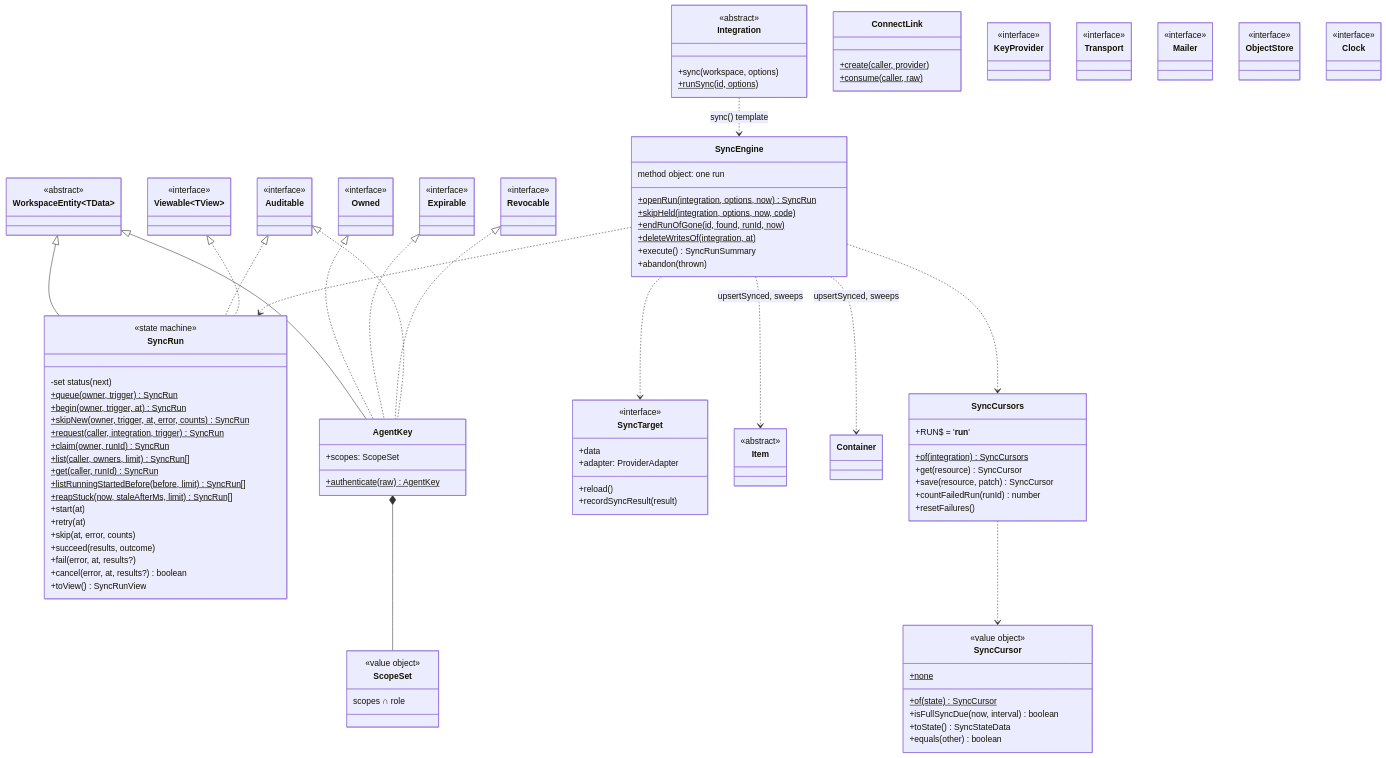
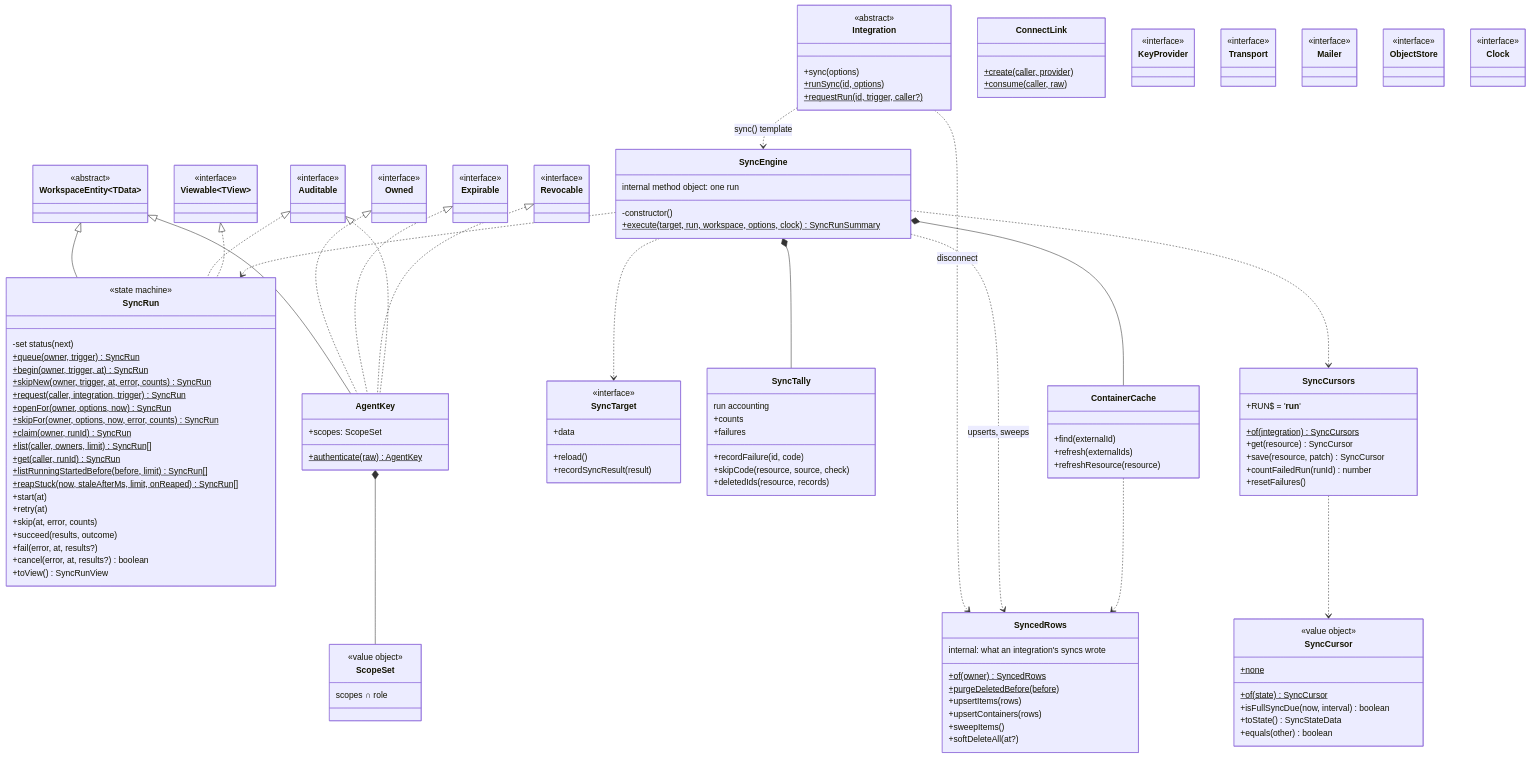
Before and after one commit to shalev396/ToDoList: the seventh of 7 diagrams in docs/design/CLASSES.md, drawn with Mermaid. The commit also changed other lines of this file, not shown here.

Commit message:
docs: CLASSES.md records phase 5's fix round 1

```diff
--- a/docs/design/CLASSES.md
+++ b/docs/design/CLASSES.md
@@ -1702,11 +1718,13 @@
     +begin(owner, trigger, at)$ SyncRun
     +skipNew(owner, trigger, at, error, counts)$ SyncRun
     +request(caller, integration, trigger)$ SyncRun
+    +openFor(owner, options, now)$ SyncRun
+    +skipFor(owner, options, now, error, counts)$ SyncRun
     +claim(owner, runId)$ SyncRun
     +list(caller, owners, limit)$ SyncRun[]
     +get(caller, runId)$ SyncRun
     +listRunningStartedBefore(before, limit)$ SyncRun[]
-    +reapStuck(now, staleAfterMs, limit)$ SyncRun[]
+    +reapStuck(now, staleAfterMs, limit, onReaped)$ SyncRun[]
     +start(at)
     +retry(at)
     +skip(at, error, counts)
@@ -1742,36 +1760,53 @@
   }
   SyncCursors ..> SyncCursor
   class SyncEngine {
-    method object: one run
-    +openRun(integration, options, now)$ SyncRun
-    +skipHeld(integration, options, now, code)$
-    +endRunOfGone(id, found, runId, now)$
-    +deleteWritesOf(integration, at)$
-    +execute() SyncRunSummary
-    +abandon(thrown)
+    internal method object: one run
+    -constructor()
+    +execute(target, run, workspace, options, clock)$ SyncRunSummary
   }
   class SyncTarget {
     <<interface>>
     +data
-    +adapter: ProviderAdapter
     +reload()
     +recordSyncResult(result)
   }
+  class SyncTally {
+    run accounting
+    +recordFailure(id, code)
+    +skipCode(resource, source, check)
+    +deletedIds(resource, records)
+    +counts
+    +failures
+  }
+  class ContainerCache {
+    +find(externalId)
+    +refresh(externalIds)
+    +refreshResource(resource)
+  }
+  class SyncedRows {
+    internal: what an integration's syncs wrote
+    +of(owner)$ SyncedRows
+    +purgeDeletedBefore(before)$
+    +upsertItems(rows)
+    +upsertContainers(rows)
+    +sweepItems()
+    +softDeleteAll(at?)
+  }
   class Integration {
     <<abstract>>
-    +sync(workspace, options)
+    +sync(options)
     +runSync(id, options)$
+    +requestRun(id, trigger, caller?)$
   }
   Integration ..> SyncEngine : sync() template
+  Integration ..> SyncedRows : disconnect
   SyncEngine ..> SyncTarget
   SyncEngine ..> SyncRun
   SyncEngine ..> SyncCursors
-  SyncEngine ..> Item : upsertSynced, sweeps
-  SyncEngine ..> Container : upsertSynced, sweeps
-  class Item {
-    <<abstract>>
-  }
-  class Container
+  SyncEngine *-- SyncTally
+  SyncEngine *-- ContainerCache
+  SyncEngine ..> SyncedRows : upserts, sweeps
+  ContainerCache ..> SyncedRows
   class AgentKey {
     +authenticate(raw)$ AgentKey
     +scopes: ScopeSet
@@ -1831,9 +1866,10 @@
   class SyncCursors:::built
   class SyncEngine:::built
   class SyncTarget:::built
+  class SyncTally:::built
+  class ContainerCache:::built
+  class SyncedRows:::built
   class Integration:::built
-  class Item:::built
-  class Container:::built
   class AgentKey:::planned
   class ScopeSet:::planned
   class ConnectLink:::planned
```
